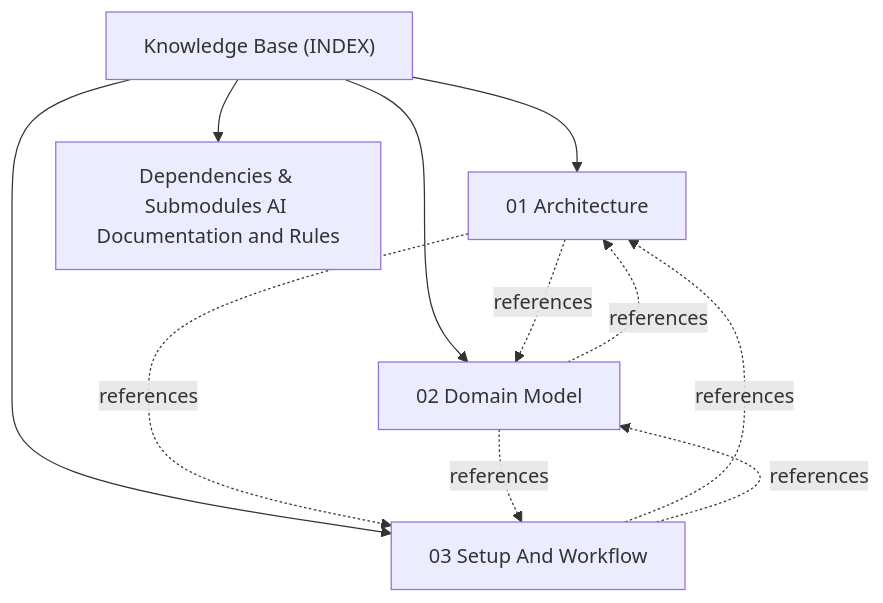
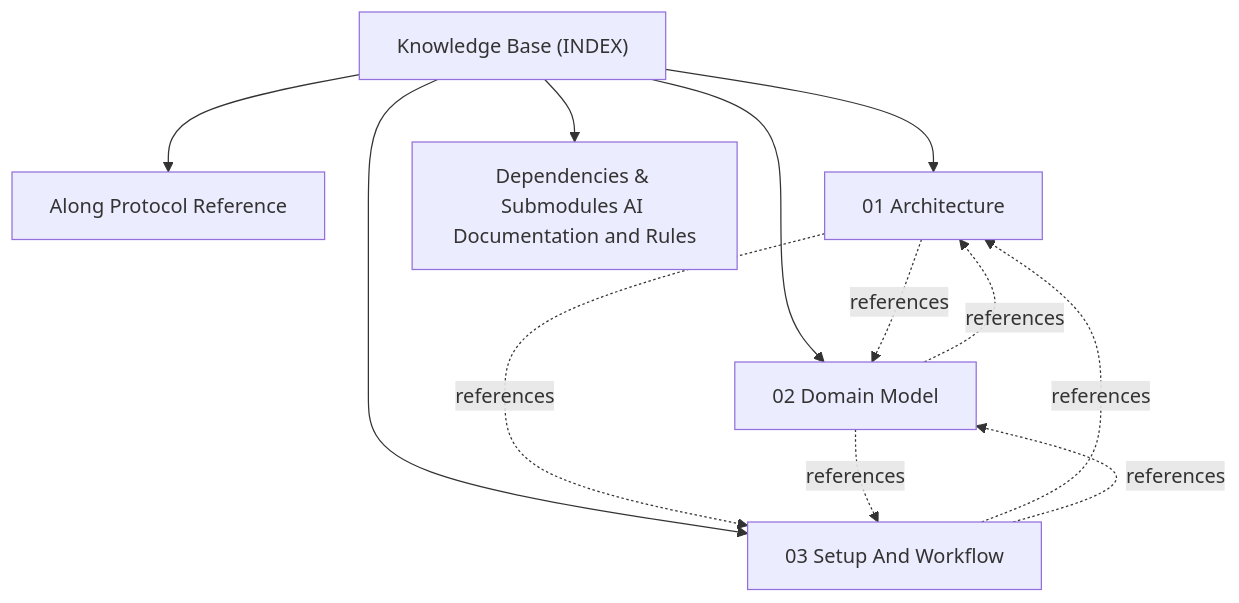
The diagram in docs/INDEX.md (actdim/dynstruct-mui), drawn with Mermaid before and after one commit. The commit also changed other lines of this file and 11 other files, not shown here.

Commit message:
release: v1.10.0 - bump version to 1.10.0 and update Along protocol

````diff
--- a/docs/INDEX.md
+++ b/docs/INDEX.md
@@ -17,18 +17,20 @@
 ```mermaid
 flowchart TD
     INDEX["Knowledge Base (INDEX)"]
+    T_ALONG_PROTOCOL["Along Protocol Reference"]
+    INDEX --> T_ALONG_PROTOCOL
     T_ARCHITECTURE["01 Architecture"]
     INDEX --> T_ARCHITECTURE
     T_DEPENDENCIES["Dependencies & Submodules AI Documentation and Rules"]
     INDEX --> T_DEPENDENCIES
     T_DOMAIN_MODEL["02 Domain Model"]
     INDEX --> T_DOMAIN_MODEL
     T_SETUP_AND_WORKFLOW["03 Setup And Workflow"]
     INDEX --> T_SETUP_AND_WORKFLOW
     T_ARCHITECTURE -.->|references| T_DOMAIN_MODEL
     T_ARCHITECTURE -.->|references| T_SETUP_AND_WORKFLOW
     T_DOMAIN_MODEL -.->|references| T_ARCHITECTURE
     T_DOMAIN_MODEL -.->|references| T_SETUP_AND_WORKFLOW
     T_SETUP_AND_WORKFLOW -.->|references| T_ARCHITECTURE
     T_SETUP_AND_WORKFLOW -.->|references| T_DOMAIN_MODEL
 ```
````
